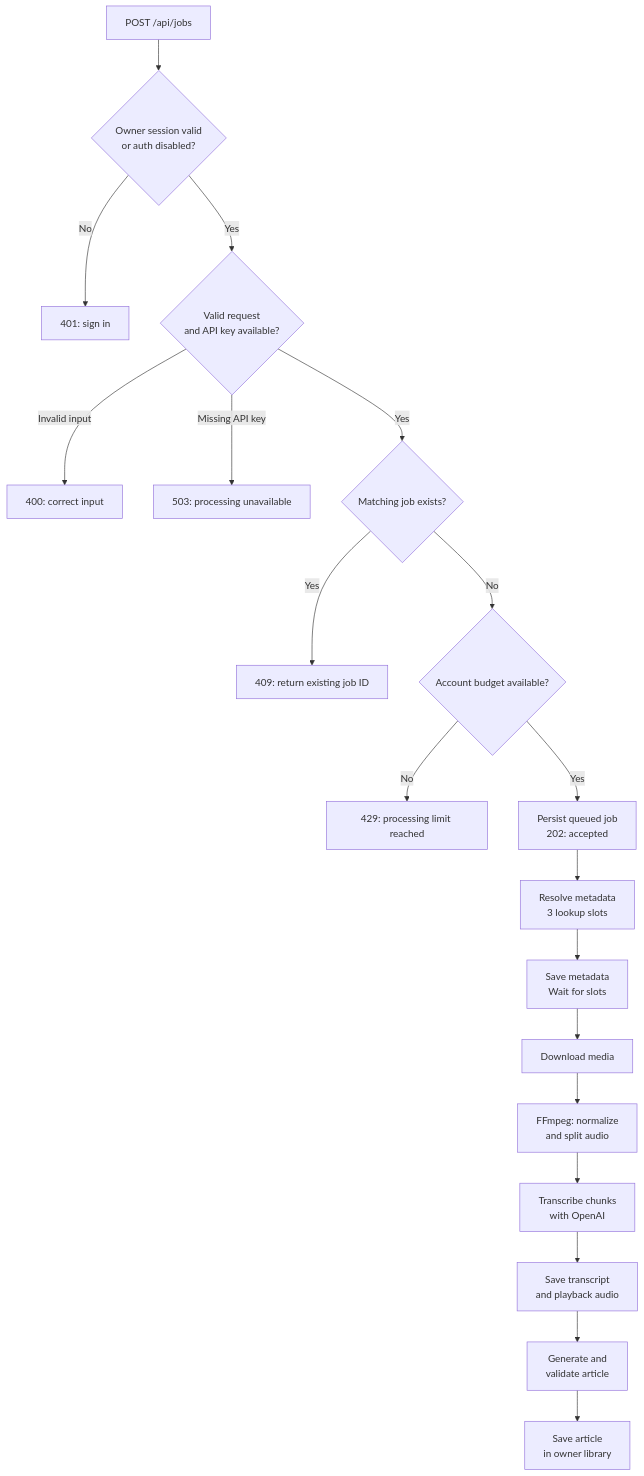
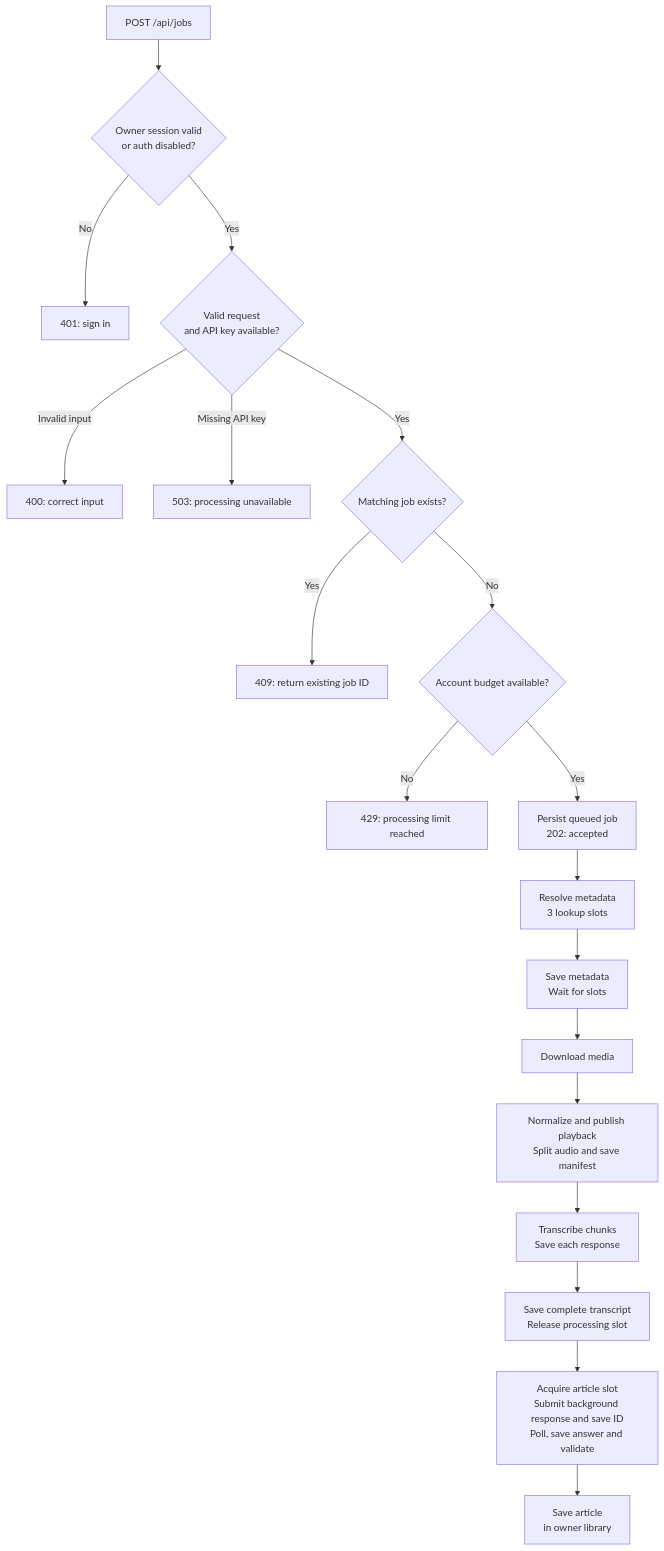
One commit to rogierslag/podcast2article changed the first of 6 diagrams in docs/SERVICE-FLOWS.md. Above: the diagram before and after it, drawn with Mermaid. The commit also changed other lines of this file and 29 other files, not shown here.

````diff
--- a/docs/SERVICE-FLOWS.md
+++ b/docs/SERVICE-FLOWS.md
@@ -15,21 +15,21 @@
 ```mermaid
 flowchart TD
     Submit["POST /api/jobs"] --> Auth{"Owner session valid<br/>or auth disabled?"}
     Auth -->|No| Unauthorized["401: sign in"]
     Auth -->|Yes| Validate{"Valid request<br/>and API key available?"}
     Validate -->|Invalid input| Invalid["400: correct input"]
     Validate -->|Missing API key| Unavailable["503: processing unavailable"]
     Validate -->|Yes| Duplicate{"Matching job exists?"}
     Duplicate -->|Yes| Existing["409: return existing job ID"]
     Duplicate -->|No| Budget{"Account budget available?"}
     Budget -->|No| Limited["429: processing limit reached"]
     Budget -->|Yes| Persist["Persist queued job<br/>202: accepted"]
     Persist --> Resolve["Resolve metadata<br/>3 lookup slots"]
     Resolve --> Wait["Save metadata<br/>Wait for slots"]
     Wait --> Download["Download media"]
-    Download --> Prepare["FFmpeg: normalize<br/>and split audio"]
-    Prepare --> Transcribe["Transcribe chunks<br/>with OpenAI"]
-    Transcribe --> SaveTranscript["Save transcript<br/>and playback audio"]
-    SaveTranscript --> Write["Generate and<br/>validate article"]
+    Download --> Prepare["Normalize and publish playback<br/>Split audio and save manifest"]
+    Prepare --> Transcribe["Transcribe chunks<br/>Save each response"]
+    Transcribe --> SaveTranscript["Save complete transcript<br/>Release processing slot"]
+    SaveTranscript --> Write["Acquire article slot<br/>Submit background response and save ID<br/>Poll, save answer and validate"]
     Write --> Complete["Save article<br/>in owner library"]
 ```
````
